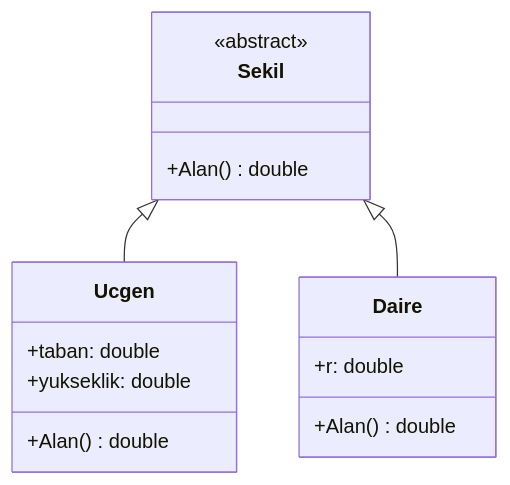
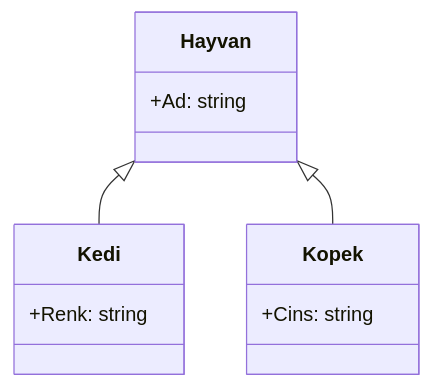
Before and after one commit to ibrahimayaz/Nesne-Yonelimli-Programlama-2025: the second of 3 diagrams in Hafta05/README.md, drawn with Mermaid. The commit also changed other lines of this file, not shown here.

````diff
--- a/Hafta05/README.md
+++ b/Hafta05/README.md
@@ -41,18 +86,17 @@
 ```mermaid
 classDiagram
-    class Sekil {
-      <<abstract>>
-      +Alan() double
+    class Hayvan {
+        +Ad: string
     }
-    class Ucgen {
-      +taban: double
-      +yukseklik: double
-      +Alan() double
+
+    class Kedi {
+        +Renk: string
     }
-    class Daire {
-      +r: double
-      +Alan() double
+
+    class Kopek {
+        +Cins: string
     }
-    Sekil <|-- Ucgen
-    Sekil <|-- Daire
+
+    Hayvan <|-- Kedi
+    Hayvan <|-- Kopek
 ```
````
